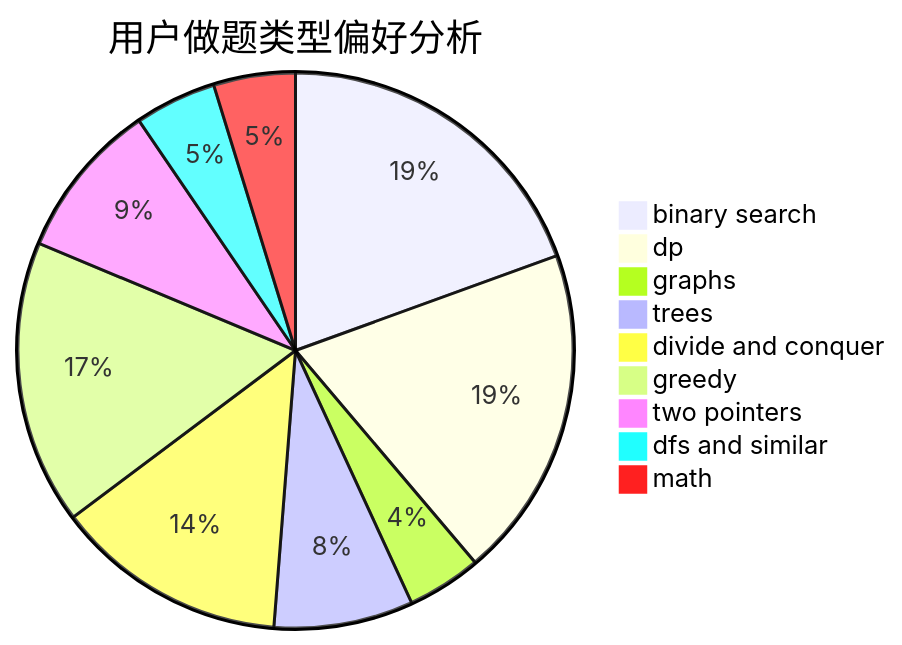
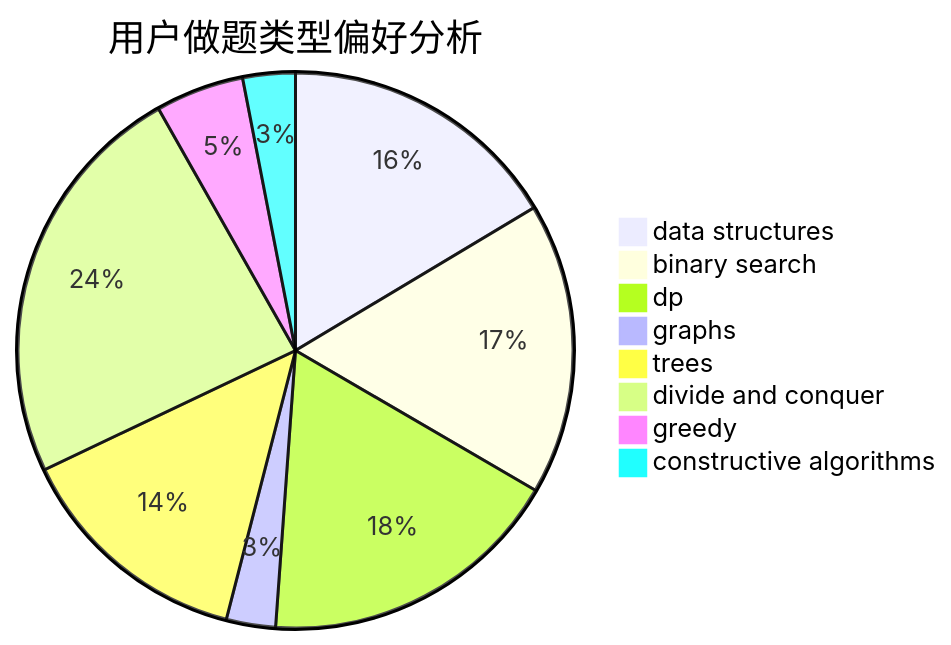
One commit to sherpahu/cfrs.github.io changed the second of 3 diagrams in docs/user/u365.md. Above: the diagram before and after it, drawn with Mermaid. The commit also changed other lines of this file and 2775 other files, not shown here.

````diff
--- a/docs/user/u365.md
+++ b/docs/user/u365.md
@@ -23,12 +23,11 @@
 ```mermaid
 pie title 用户做题类型偏好分析
-    "binary search" :  180
-    "dp" :  179
-    "graphs" :  40
-    "trees" :  75
+    "data structures" :  86
+    "binary search" :  89
+    "dp" :  93
+    "graphs" :  15
+    "trees" :  73
     "divide and conquer" :  125
-    "greedy" :  153
-    "two pointers" :  85
-    "dfs and similar" :  44
-    "math" :  44
+    "greedy" :  27
+    "constructive algorithms" :  16
 ```
````
